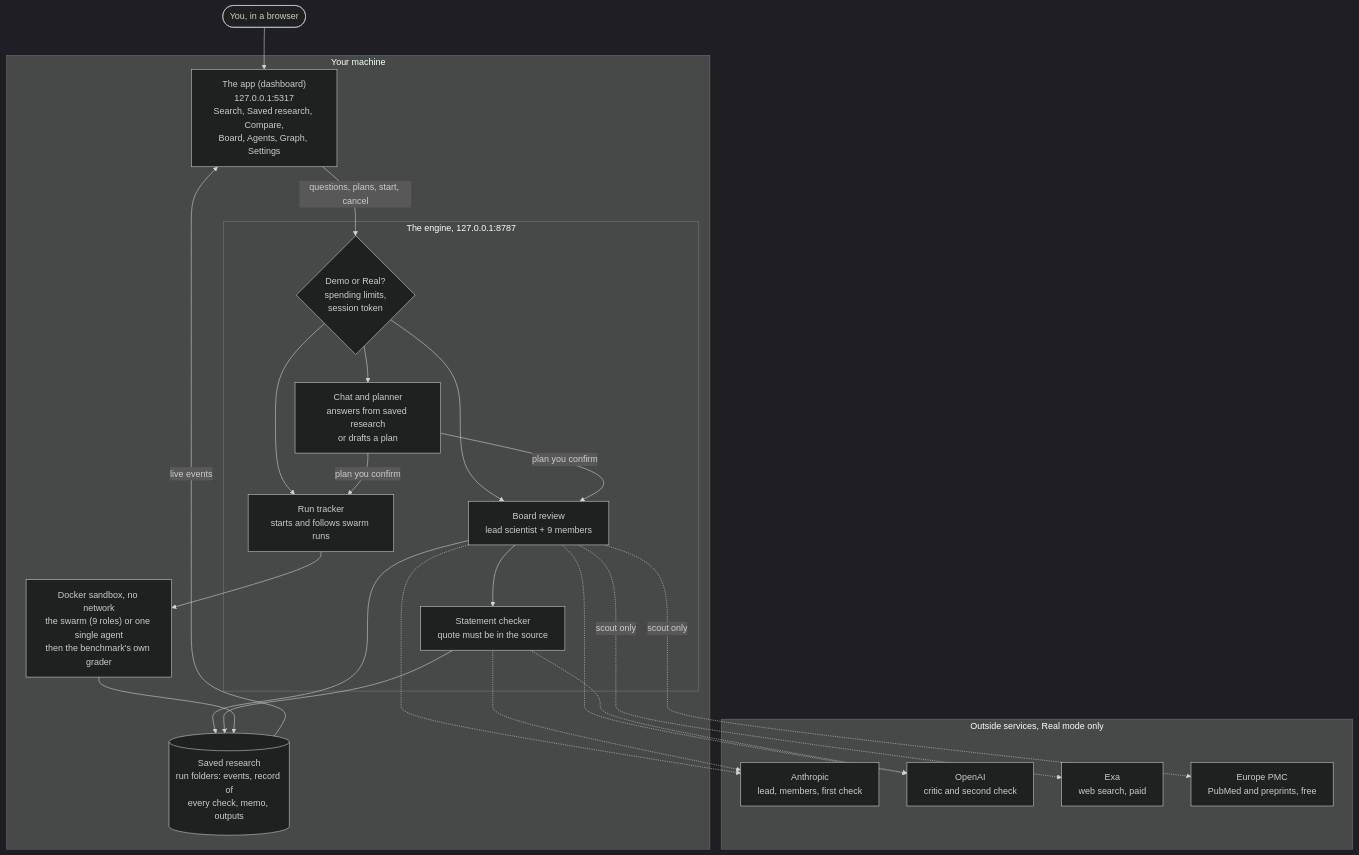
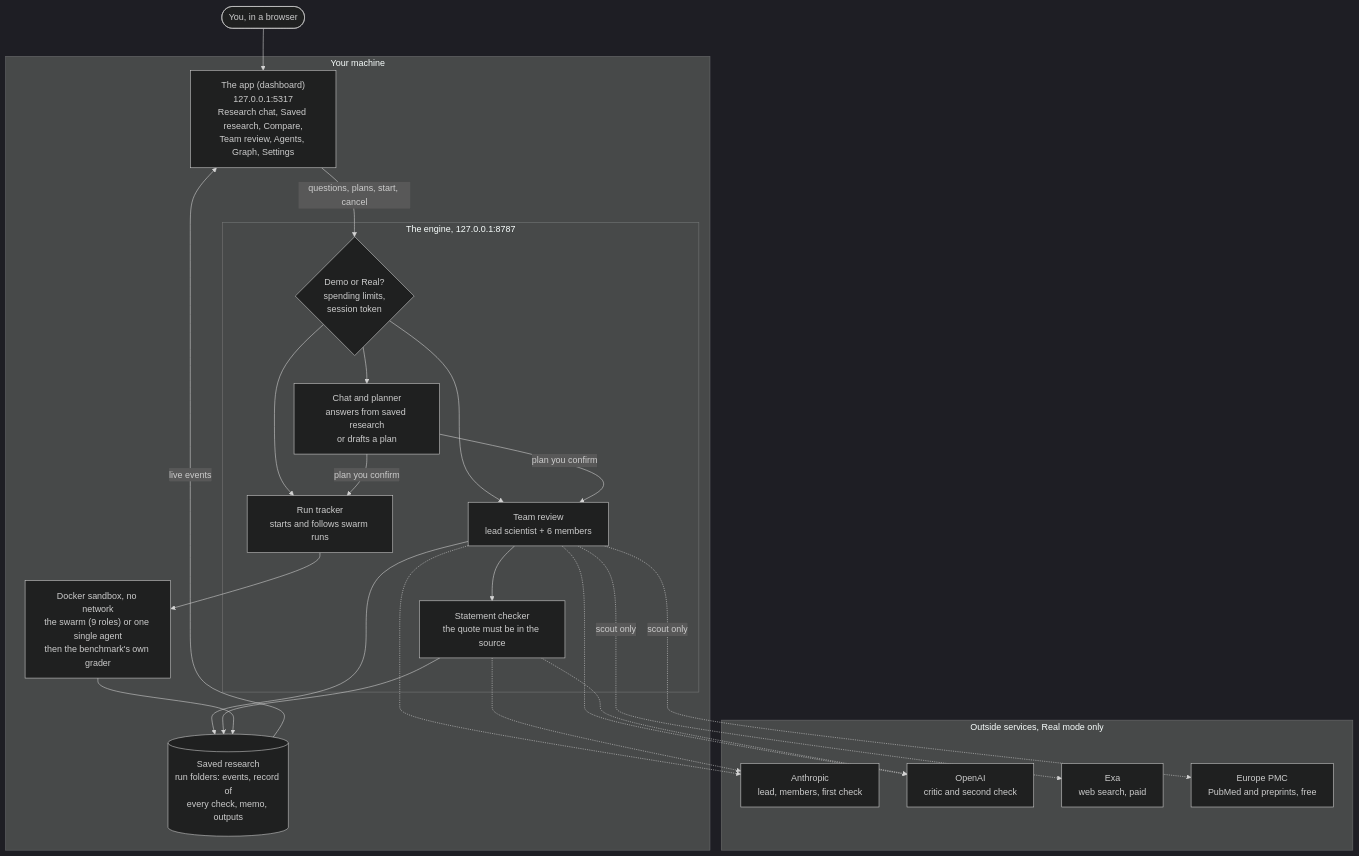
One commit to itsbrendandang/agent-test changed the diagram in README.md. Above: the diagram before and after it, drawn with Mermaid (dark theme). The commit also changed other lines of this file and 37 other files, not shown here.

````diff
--- a/README.md
+++ b/README.md
@@ -67,44 +118,44 @@
 ```mermaid
 flowchart TB
     you(["You, in a browser"])
 
     subgraph mac["Your machine"]
-        app["The app (dashboard)<br/>127.0.0.1:5317<br/>Search, Saved research, Compare,<br/>Board, Agents, Graph, Settings"]
+        app["The app (dashboard)<br/>127.0.0.1:5317<br/>Research chat, Saved research, Compare,<br/>Team review, Agents, Graph, Settings"]
         subgraph engine["The engine, 127.0.0.1:8787"]
             gate{"Demo or Real?<br/>spending limits,<br/>session token"}
             chat["Chat and planner<br/>answers from saved research<br/>or drafts a plan"]
-            board["Board review<br/>lead scientist + 9 members"]
+            board["Team review<br/>lead scientist + 6 members"]
             tracker["Run tracker<br/>starts and follows swarm runs"]
-            check["Statement checker<br/>quote must be in the source"]
+            check["Statement checker<br/>the quote must be in the source"]
         end
         store[("Saved research<br/>run folders: events, record of<br/>every check, memo, outputs")]
         sandbox["Docker sandbox, no network<br/>the swarm (9 roles) or one single agent<br/>then the benchmark's own grader"]
     end
 
     subgraph outside["Outside services, Real mode only"]
         anthropic["Anthropic<br/>lead, members, first check"]
         openai["OpenAI<br/>critic and second check"]
         exa["Exa<br/>web search, paid"]
         pmc["Europe PMC<br/>PubMed and preprints, free"]
     end
 
     you --> app
     app -- "questions, plans, start, cancel" --> gate
     gate --> chat
     gate --> board
     gate --> tracker
     chat -- "plan you confirm" --> board
     chat -- "plan you confirm" --> tracker
     board --> check
     tracker --> sandbox
     board --> store
     check --> store
     sandbox --> store
     store -- "live events" --> app
     board -.-> anthropic
     board -.-> openai
     check -.-> anthropic
     check -.-> openai
     board -. "scout only" .-> exa
     board -. "scout only" .-> pmc
 ```
````
